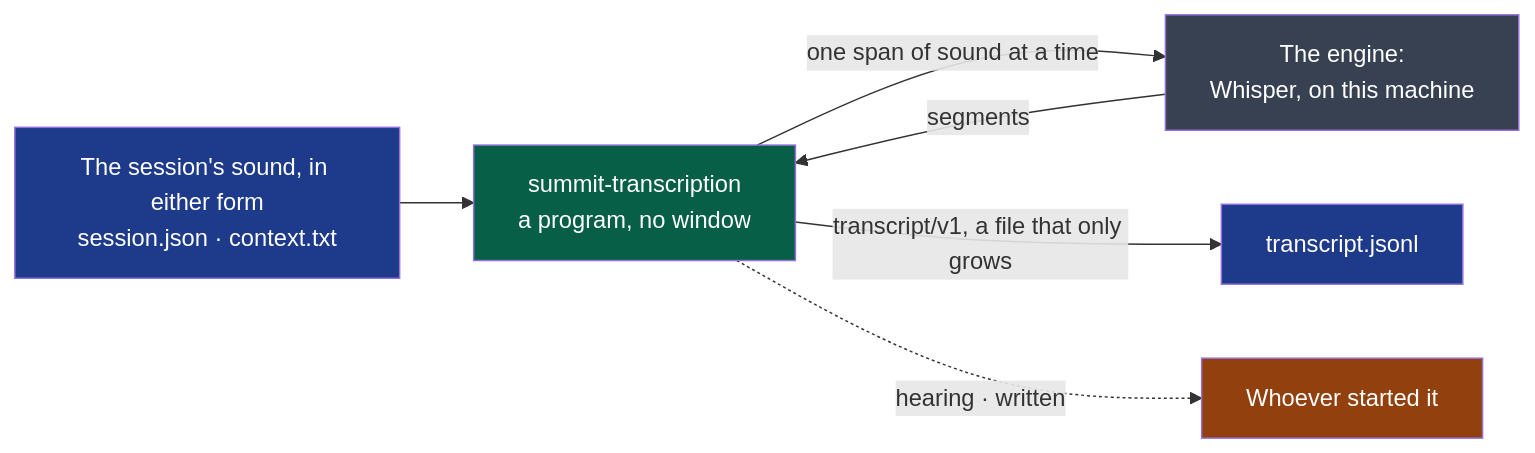
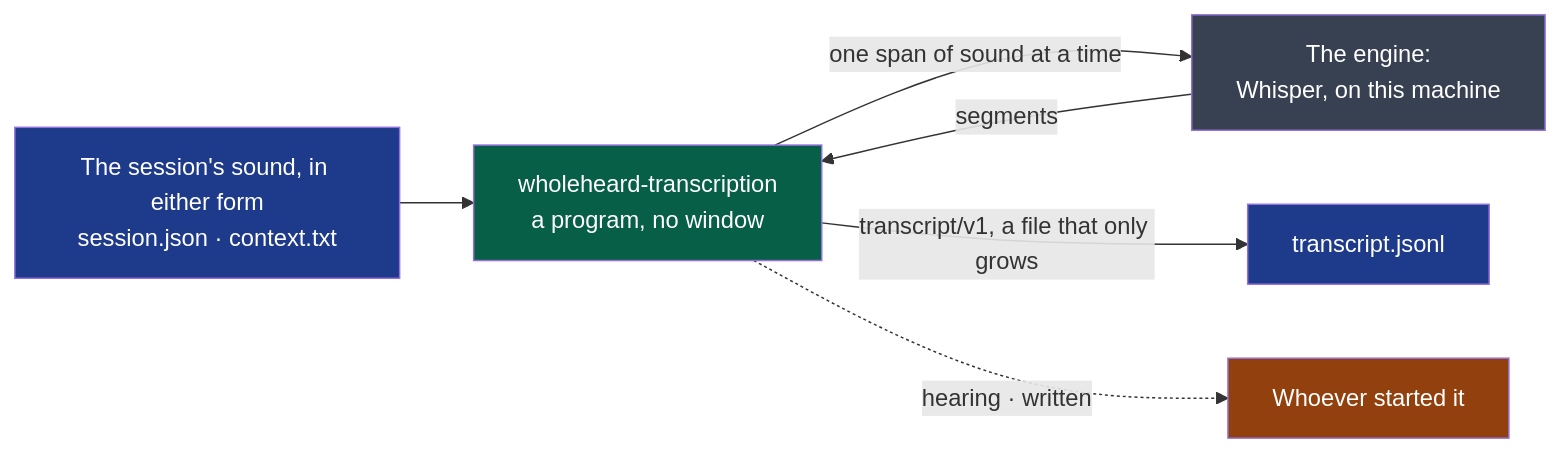
One commit to NapkinStack/wholeheard changed the diagram in modules/transcription/README.md. Above: the diagram before and after it, drawn with Mermaid. The commit also changed other lines of this file and 17 other files, not shown here.

First line of the commit message:
D28 — transcription: wholeheard-transcription

````diff
--- a/modules/transcription/README.md
+++ b/modules/transcription/README.md
@@ -9,13 +9,13 @@
 ```mermaid
 flowchart LR
-    A["The session's sound, in either form<br/>session.json · context.txt"]:::file --> P["summit-transcription<br/>a program, no window"]:::mod
+    A["The session's sound, in either form<br/>session.json · context.txt"]:::file --> P["wholeheard-transcription<br/>a program, no window"]:::mod
     P -->|"one span of sound at a time"| E["The engine:<br/>Whisper, on this machine"]:::ext
     E -->|"segments"| P
     P -->|"transcript/v1, a file that only grows"| T["transcript.jsonl"]:::file
     P -.->|"hearing · written"| W["Whoever started it"]:::user
 
     classDef file fill:#1e3a8a,color:#fff
     classDef mod fill:#065f46,color:#fff
     classDef ext fill:#374151,color:#fff
     classDef user fill:#92400e,color:#fff
 ```
````
